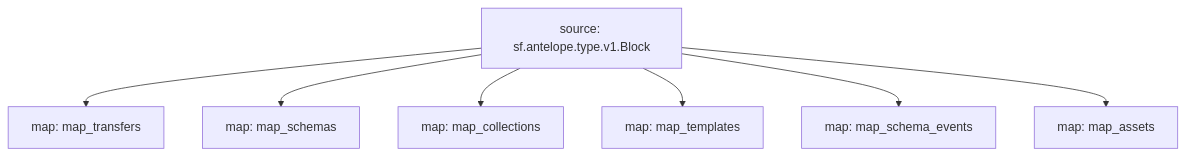
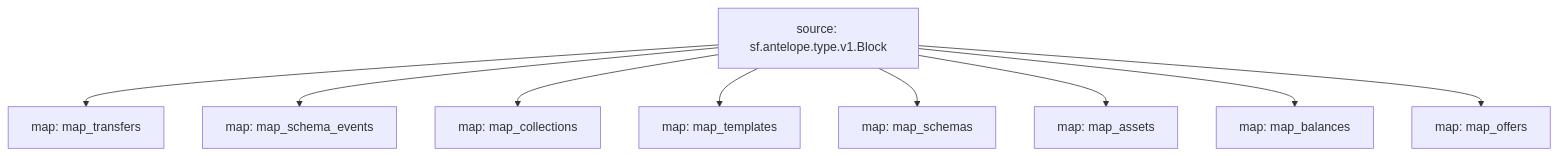
Before and after one commit to pinax-network/substreams-atomic: the diagram in README.md, drawn with Mermaid. The commit also changed other lines of this file, not shown here.

````diff
--- a/README.md
+++ b/README.md
@@ -12,15 +14,19 @@
 ```mermaid
 graph TD;
   map_transfers[map: map_transfers];
   sf.antelope.type.v1.Block[source: sf.antelope.type.v1.Block] --> map_transfers;
-  map_schemas[map: map_schemas];
-  sf.antelope.type.v1.Block[source: sf.antelope.type.v1.Block] --> map_schemas;
+  map_schema_events[map: map_schema_events];
+  sf.antelope.type.v1.Block[source: sf.antelope.type.v1.Block] --> map_schema_events;
   map_collections[map: map_collections];
   sf.antelope.type.v1.Block[source: sf.antelope.type.v1.Block] --> map_collections;
   map_templates[map: map_templates];
   sf.antelope.type.v1.Block[source: sf.antelope.type.v1.Block] --> map_templates;
-  map_schema_events[map: map_schema_events];
-  sf.antelope.type.v1.Block[source: sf.antelope.type.v1.Block] --> map_schema_events;
+  map_schemas[map: map_schemas];
+  sf.antelope.type.v1.Block[source: sf.antelope.type.v1.Block] --> map_schemas;
   map_assets[map: map_assets];
   sf.antelope.type.v1.Block[source: sf.antelope.type.v1.Block] --> map_assets;
+  map_balances[map: map_balances];
+  sf.antelope.type.v1.Block[source: sf.antelope.type.v1.Block] --> map_balances;
+  map_offers[map: map_offers];
+  sf.antelope.type.v1.Block[source: sf.antelope.type.v1.Block] --> map_offers;
 ```
````
